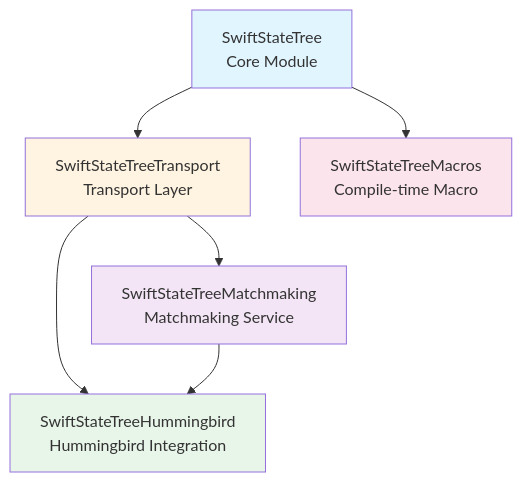
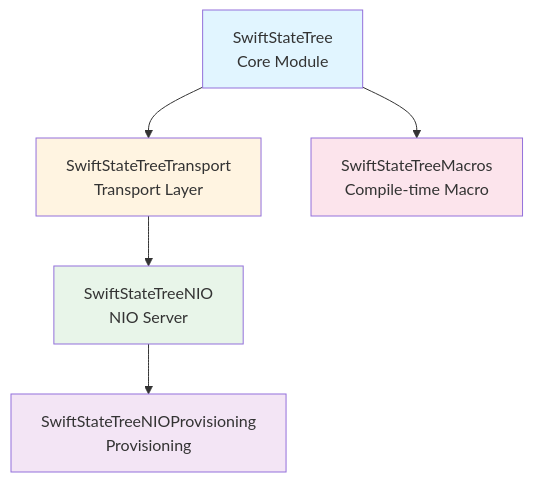
One commit to gmliao/swift-state-tree changed the first of 5 diagrams in docs/overview.md. Above: the diagram before and after it, drawn with Mermaid. The commit also changed other lines of this file and 33 other files, not shown here.

Commit message:
Remove SwiftStateTreeMatchmaking module and related components; integrate matchmaking functionality into NestJS control plane. Archive matchmaking service and lobby functionality, update documentation and testing guidelines accordingly.

````diff
--- a/docs/overview.md
+++ b/docs/overview.md
@@ -24,20 +26,19 @@
 ```mermaid
 graph TD
     Core[SwiftStateTree<br/>Core Module]
     Transport[SwiftStateTreeTransport<br/>Transport Layer]
-    Matchmaking[SwiftStateTreeMatchmaking<br/>Matchmaking Service]
-    Hummingbird[SwiftStateTreeHummingbird<br/>Hummingbird Integration]
+    NIO[SwiftStateTreeNIO<br/>NIO Server]
+    Provisioning[SwiftStateTreeNIOProvisioning<br/>Provisioning]
     Macros[SwiftStateTreeMacros<br/>Compile-time Macro]
     
     Core --> Transport
     Core --> Macros
-    Transport --> Matchmaking
-    Transport --> Hummingbird
-    Matchmaking --> Hummingbird
+    Transport --> NIO
+    NIO --> Provisioning
     
     style Core fill:#e1f5ff
     style Transport fill:#fff4e1
-    style Hummingbird fill:#e8f5e9
-    style Matchmaking fill:#f3e5f5
+    style NIO fill:#e8f5e9
+    style Provisioning fill:#f3e5f5
     style Macros fill:#fce4ec
 ```
````
